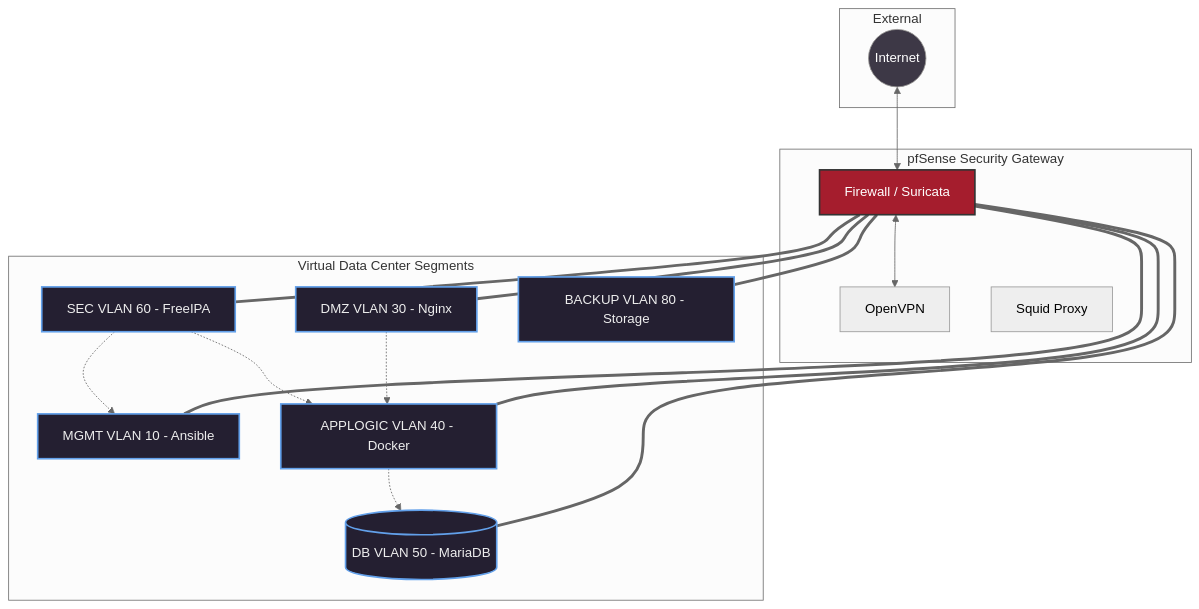
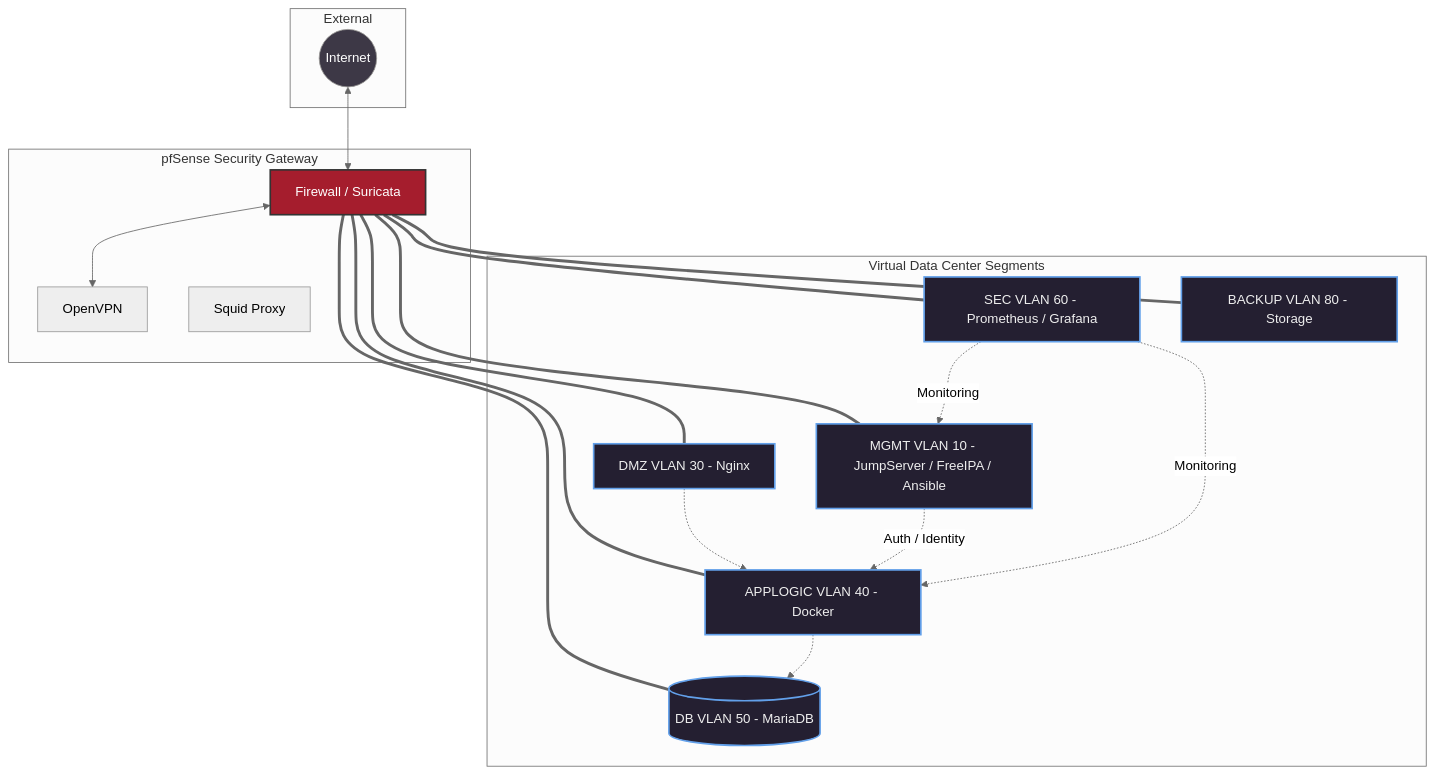
Before and after one commit to enveronderuslu/Zero_Trust_Data_Center: the diagram in README.md, drawn with Mermaid (neutral theme).

````diff
--- a/README.md
+++ b/README.md
@@ -73,45 +73,46 @@
 ```mermaid
 graph TD
     %% Global Styles
     classDef firewall fill:#a51d2d,stroke:#333,stroke-width:2px,color:#fff;
     classDef vlan fill:#241f31,stroke:#62a0ea,stroke-width:2px,color:#eee;
     classDef external fill:#3d3846,stroke:#9a9996,color:#fff;
 
     subgraph External_Network [External]
         Internet((Internet))
     end
 
     subgraph Gateway [pfSense Security Gateway]
         FW[Firewall / Suricata]:::firewall
         VPN[OpenVPN]
         Proxy[Squid Proxy]
     end
 
     subgraph VDC [Virtual Data Center Segments]
-        MGMT[MGMT VLAN 10 - Ansible]:::vlan
+        MGMT[MGMT VLAN 10 - JumpServer / FreeIPA / Ansible]:::vlan
         DMZ[DMZ VLAN 30 - Nginx]:::vlan
         APP[APPLOGIC VLAN 40 - Docker]:::vlan
         DB[(DB VLAN 50 - MariaDB)]:::vlan
-        SEC[SEC VLAN 60 - FreeIPA]:::vlan
+        SEC[SEC VLAN 60 - Prometheus / Grafana]:::vlan
         BACKUP[BACKUP VLAN 80 - Storage]:::vlan
     end
 
     %% Routing
     Internet <--> FW
     FW <--> VPN
     
     FW === MGMT
     FW === DMZ
     FW === APP
     FW === DB
     FW === SEC
     FW === BACKUP
 
     %% Data Flow
     DMZ -.-> APP
     APP -.-> DB
-    SEC -.-> APP
-    SEC -.-> MGMT
+    MGMT -.->|Auth / Identity| APP
+    SEC -.->|Monitoring| MGMT
+    SEC -.->|Monitoring| APP
 
     class Internet external;
 ```
````
